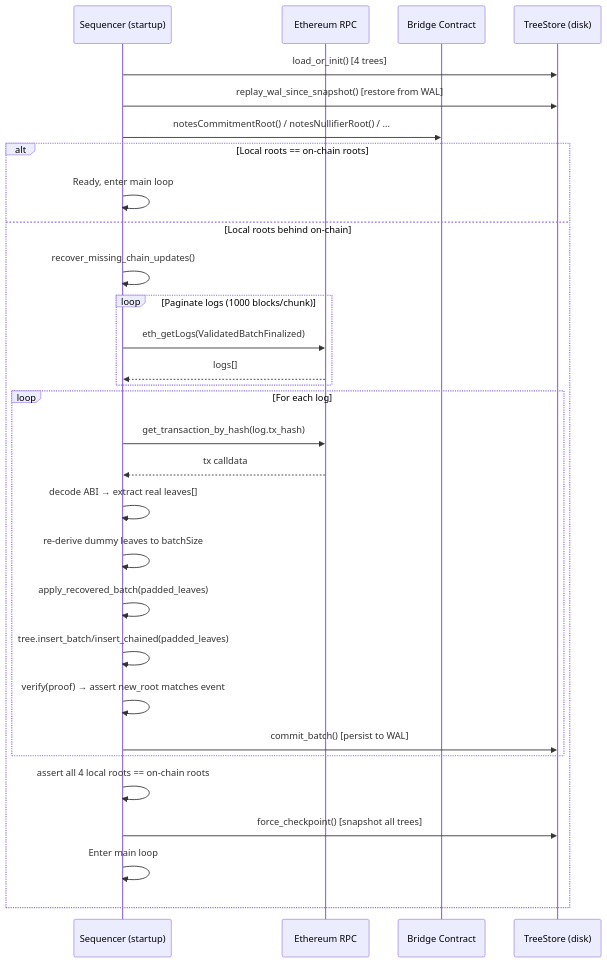
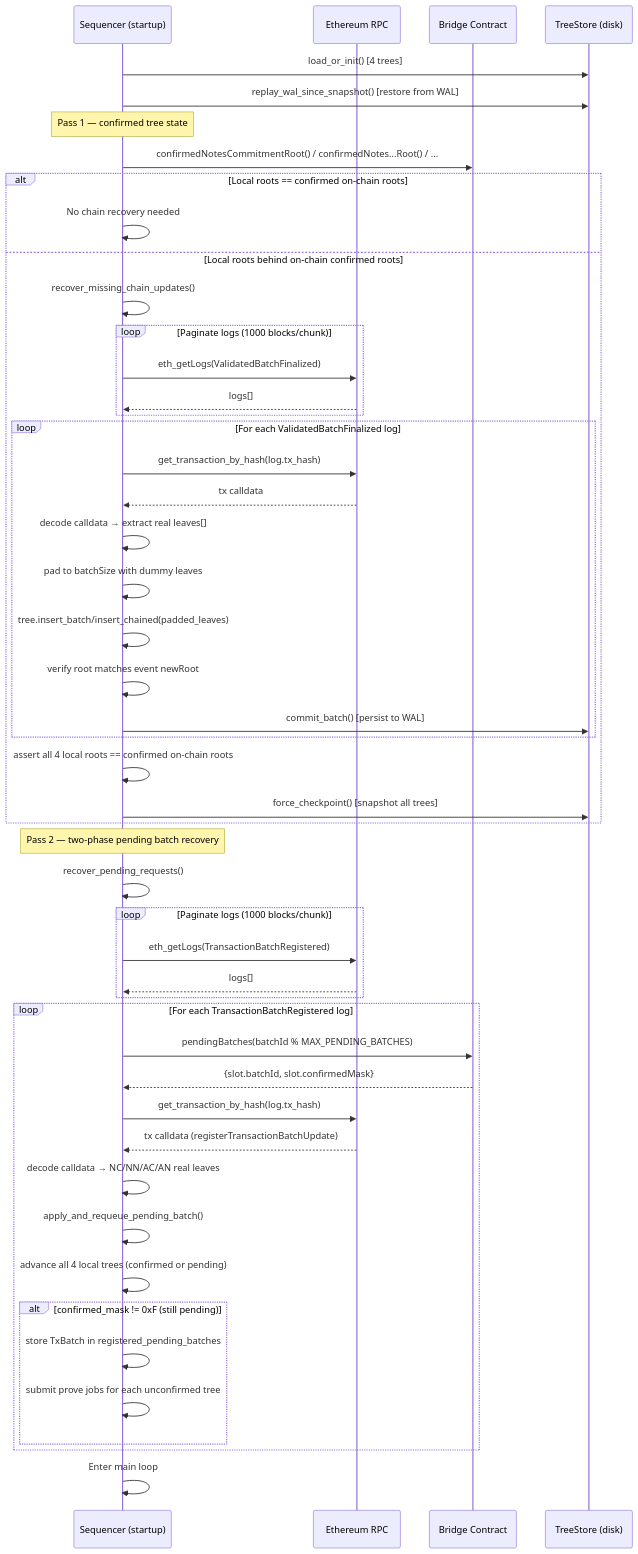
One commit to phantomzone-org/Doxa changed the diagram in docs/architecture/08-w5-sequencer-recovery.md. Above: the diagram before and after it, drawn with Mermaid. The commit also changed other lines of this file and 24 other files, not shown here.

````diff
--- a/docs/architecture/08-w5-sequencer-recovery.md
+++ b/docs/architecture/08-w5-sequencer-recovery.md
@@ -13,37 +18,63 @@
 ```mermaid
 sequenceDiagram
     participant SQ as Sequencer (startup)
     participant RPC as Ethereum RPC
     participant BR as Bridge Contract
     participant TS as TreeStore (disk)
 
     SQ->>TS: load_or_init() [4 trees]
     SQ->>TS: replay_wal_since_snapshot() [restore from WAL]
-    SQ->>BR: notesCommitmentRoot() / notesNullifierRoot() / ...
 
-    alt Local roots == on-chain roots
-        SQ->>SQ: Ready, enter main loop
-    else Local roots behind on-chain
+    Note over SQ: Pass 1 — confirmed tree state
+
+    SQ->>BR: confirmedNotesCommitmentRoot() / confirmedNotes...Root() / ...
+
+    alt Local roots == confirmed on-chain roots
+        SQ->>SQ: No chain recovery needed
+    else Local roots behind on-chain confirmed roots
         SQ->>SQ: recover_missing_chain_updates()
 
         loop Paginate logs (1000 blocks/chunk)
             SQ->>RPC: eth_getLogs(ValidatedBatchFinalized)
             RPC-->>SQ: logs[]
         end
 
-        loop For each log
+        loop For each ValidatedBatchFinalized log
             SQ->>RPC: get_transaction_by_hash(log.tx_hash)
             RPC-->>SQ: tx calldata
-            SQ->>SQ: decode ABI → extract real leaves[]
-            SQ->>SQ: re-derive dummy leaves to batchSize
-            SQ->>SQ: apply_recovered_batch(padded_leaves)
+            SQ->>SQ: decode calldata → extract real leaves[]
+            SQ->>SQ: pad to batchSize with dummy leaves
             SQ->>SQ: tree.insert_batch/insert_chained(padded_leaves)
-            SQ->>SQ: verify(proof) → assert new_root matches event
+            SQ->>SQ: verify root matches event newRoot
             SQ->>TS: commit_batch() [persist to WAL]
         end
 
-        SQ->>SQ: assert all 4 local roots == on-chain roots
+        SQ->>SQ: assert all 4 local roots == confirmed on-chain roots
         SQ->>TS: force_checkpoint() [snapshot all trees]
-        SQ->>SQ: Enter main loop
     end
+
+    Note over SQ: Pass 2 — two-phase pending batch recovery
+
+    SQ->>SQ: recover_pending_requests()
+
+    loop Paginate logs (1000 blocks/chunk)
+        SQ->>RPC: eth_getLogs(TransactionBatchRegistered)
+        RPC-->>SQ: logs[]
+    end
+
+    loop For each TransactionBatchRegistered log
+        SQ->>BR: pendingBatches(batchId % MAX_PENDING_BATCHES)
+        BR-->>SQ: {slot.batchId, slot.confirmedMask}
+        SQ->>RPC: get_transaction_by_hash(log.tx_hash)
+        RPC-->>SQ: tx calldata (registerTransactionBatchUpdate)
+        SQ->>SQ: decode calldata → NC/NN/AC/AN real leaves
+        SQ->>SQ: apply_and_requeue_pending_batch()
+        SQ->>SQ: advance all 4 local trees (confirmed or pending)
+        alt confirmed_mask != 0xF (still pending)
+            SQ->>SQ: store TxBatch in registered_pending_batches
+            SQ->>SQ: submit prove jobs for each unconfirmed tree
+        end
+    end
+
+    SQ->>SQ: Enter main loop
 ```
````
